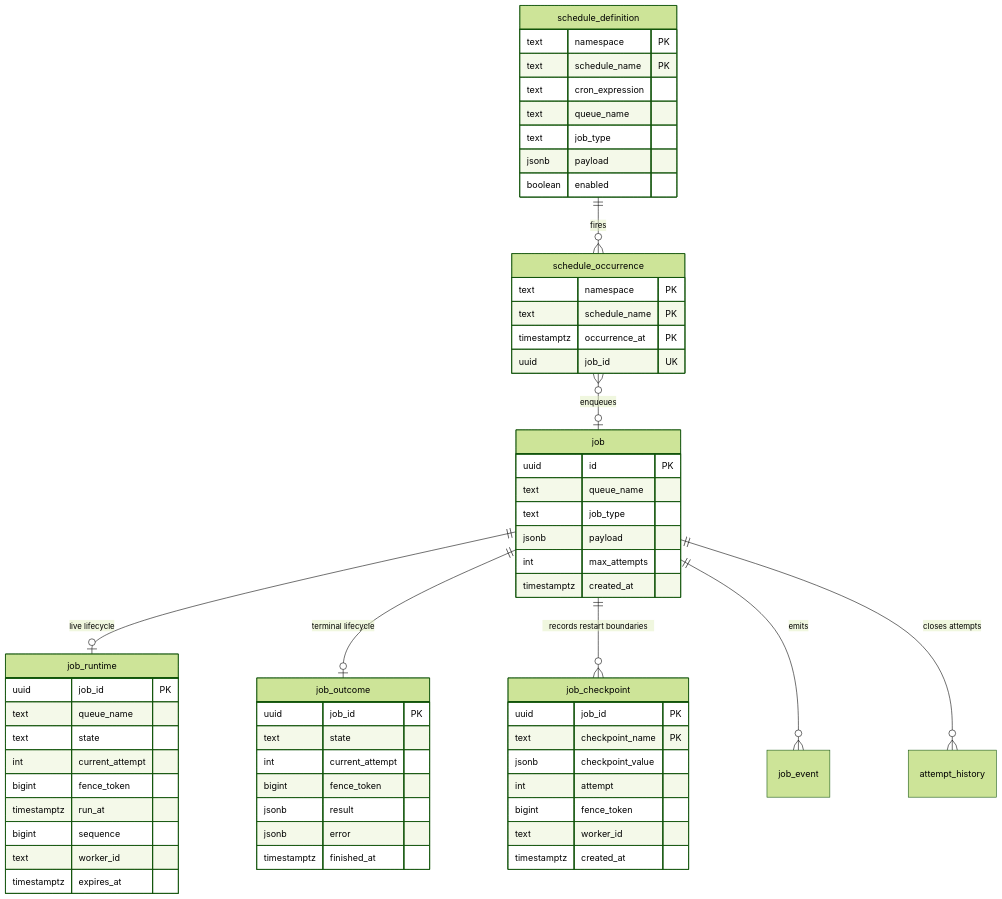
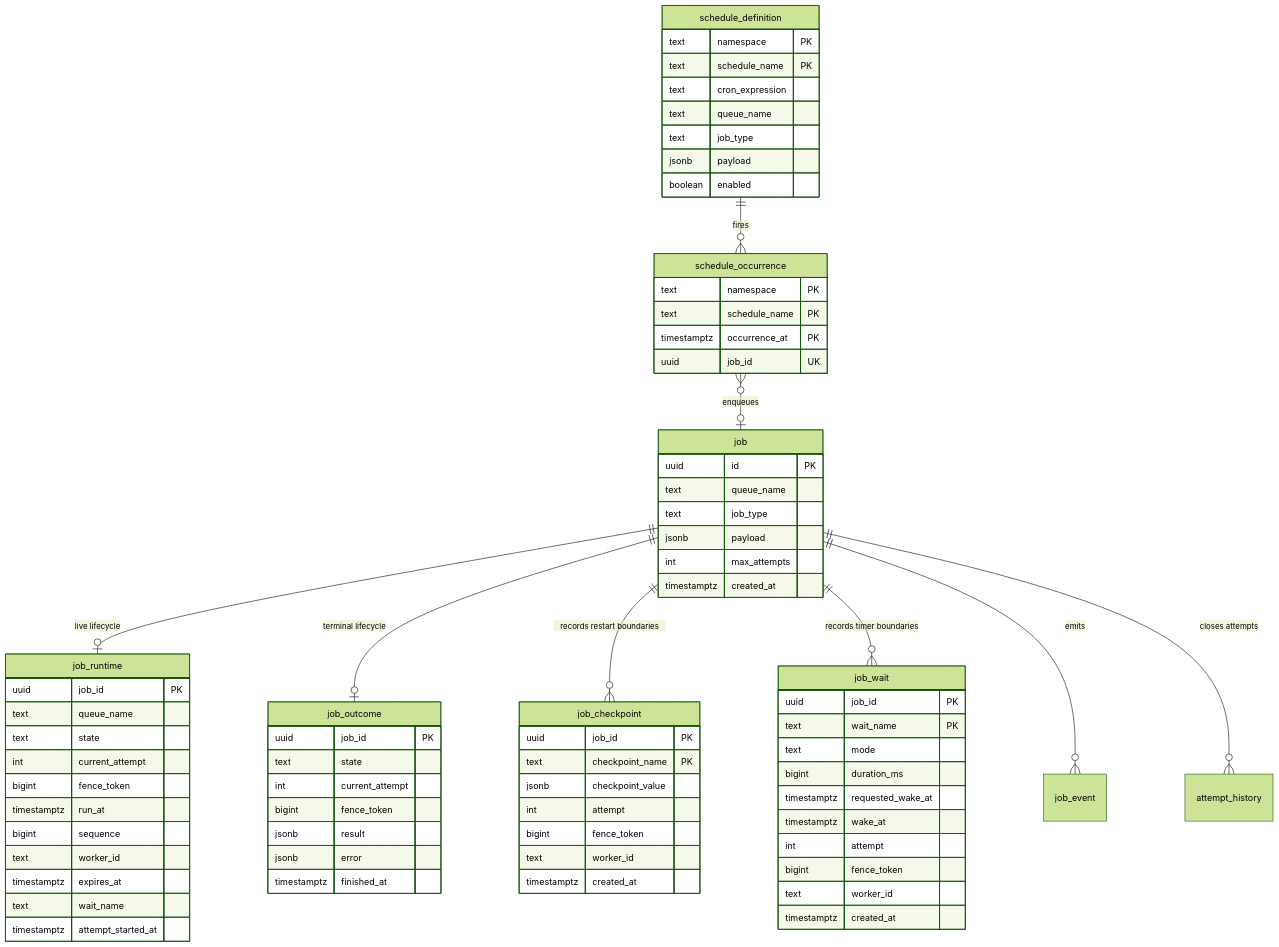
Before and after one commit to stablemates/workhorse: the second of 3 diagrams in docs/architecture.md, drawn with Mermaid (forest theme). The commit also changed other lines of this file and 10 other files, not shown here.

````diff
--- a/docs/architecture.md
+++ b/docs/architecture.md
@@ -34,63 +34,78 @@
 ```mermaid
 erDiagram
   job ||--o| job_runtime : "live lifecycle"
   job ||--o| job_outcome : "terminal lifecycle"
   job ||--o{ job_checkpoint : "records restart boundaries"
+  job ||--o{ job_wait : "records timer boundaries"
   job ||--o{ job_event : "emits"
   job ||--o{ attempt_history : "closes attempts"
   schedule_definition ||--o{ schedule_occurrence : "fires"
   schedule_occurrence }o--o| job : "enqueues"
 
   job {
     uuid id PK
     text queue_name
     text job_type
     jsonb payload
     int max_attempts
     timestamptz created_at
   }
   job_runtime {
     uuid job_id PK
     text queue_name
     text state
     int current_attempt
     bigint fence_token
     timestamptz run_at
     bigint sequence
     text worker_id
     timestamptz expires_at
+    text wait_name
+    timestamptz attempt_started_at
   }
   job_outcome {
     uuid job_id PK
     text state
     int current_attempt
     bigint fence_token
     jsonb result
     jsonb error
     timestamptz finished_at
   }
   job_checkpoint {
     uuid job_id PK
     text checkpoint_name PK
     jsonb checkpoint_value
+    int attempt
+    bigint fence_token
+    text worker_id
+    timestamptz created_at
+  }
+  job_wait {
+    uuid job_id PK
+    text wait_name PK
+    text mode
+    bigint duration_ms
+    timestamptz requested_wake_at
+    timestamptz wake_at
     int attempt
     bigint fence_token
     text worker_id
     timestamptz created_at
   }
   schedule_definition {
     text namespace PK
     text schedule_name PK
     text cron_expression
     text queue_name
     text job_type
     jsonb payload
     boolean enabled
   }
   schedule_occurrence {
     text namespace PK
     text schedule_name PK
     timestamptz occurrence_at PK
     uuid job_id UK
   }
 ```
````
